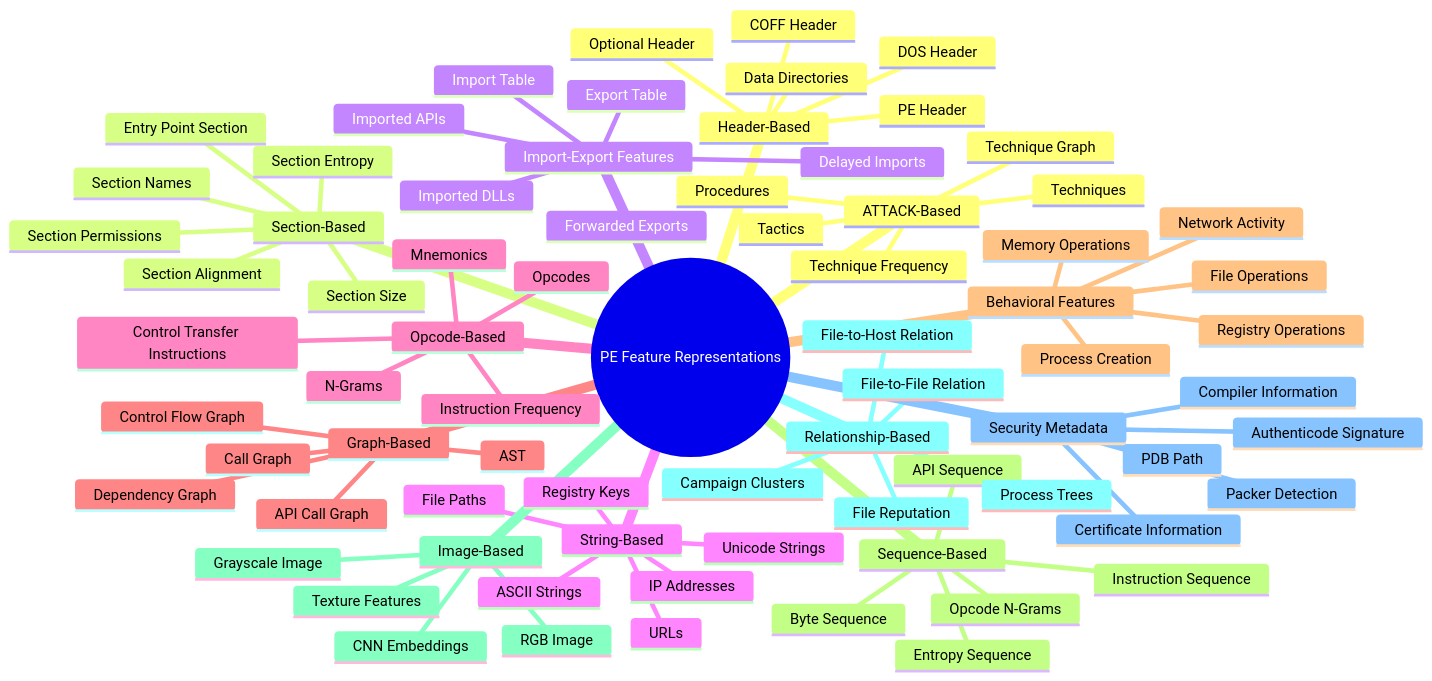
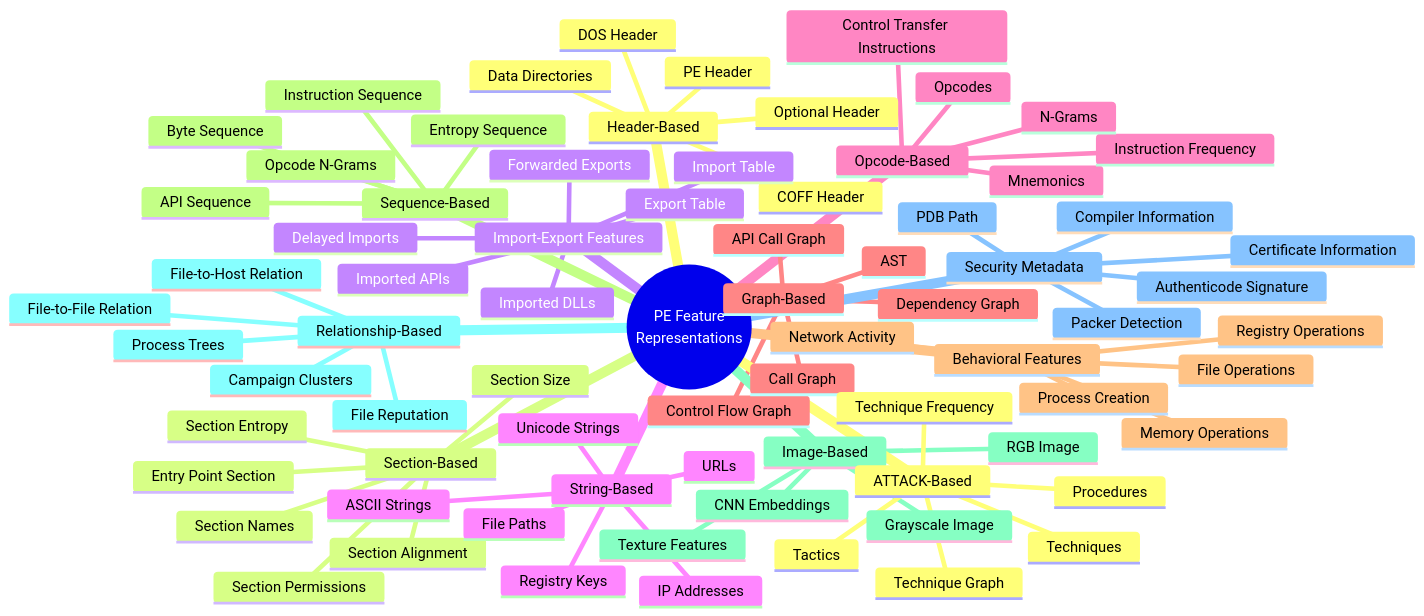
One commit to cybersecurity-dev/PE-Static-Toolkit changed the diagram in README.md. Above: the diagram before and after it, drawn with Mermaid.

Commit message:
++small fix

````diff
--- a/README.md
+++ b/README.md
@@ -11,6 +11,6 @@
 ```mermaid
 mindmap
-  root((PE Feature Representations))
+  root((PE Feature<br/>Representations))
 
     Header-Based
       DOS Header
````
